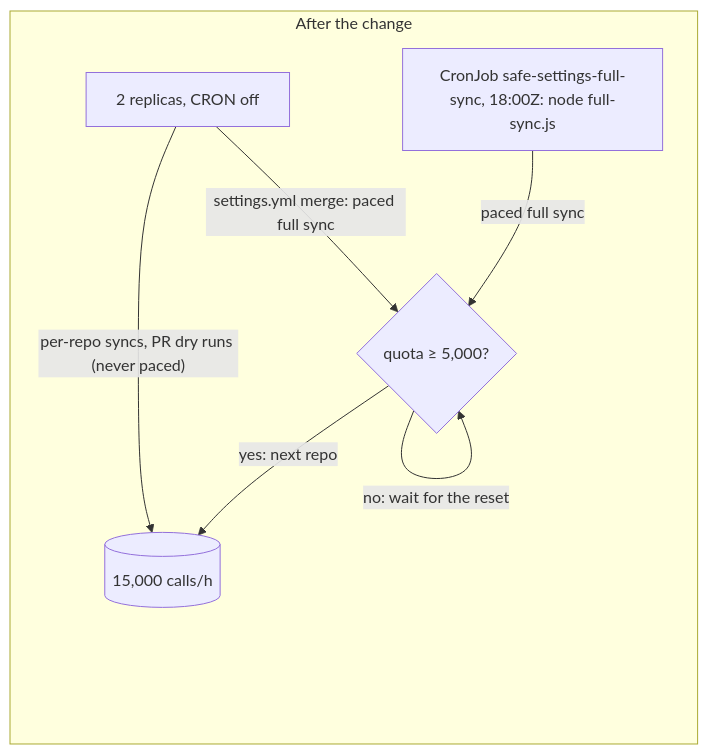
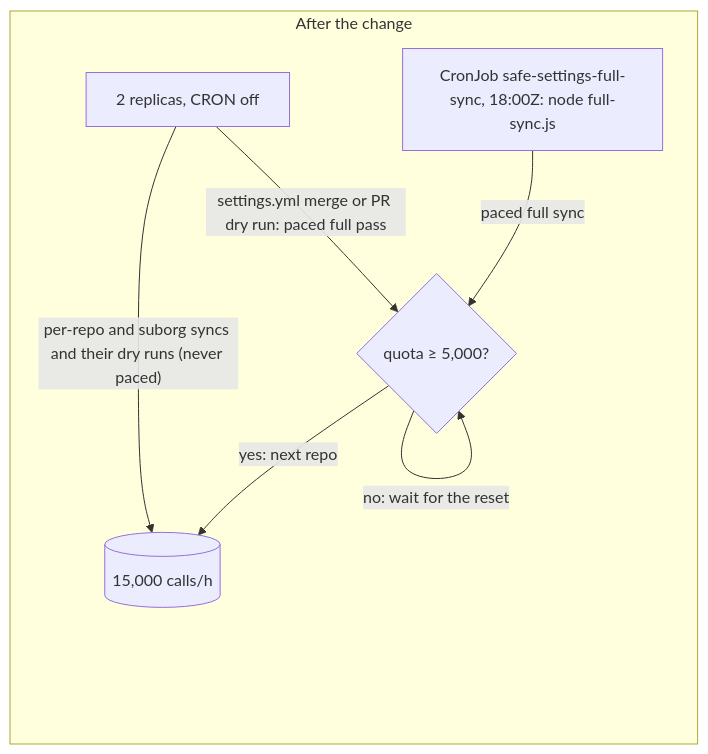
Before and after one commit to tomtom-forks/safe-settings: the second of 4 diagrams in docs/sdlc/changes/2026-11-23-cron-sync-quota/change-design.md, drawn with Mermaid. The commit also changed other lines of this file, not shown here.

First line of the commit message:
docs(cron-quota): pace settings.yml PR dry runs and stop superseded ones

````diff
--- a/docs/sdlc/changes/2026-11-23-cron-sync-quota/change-design.md
+++ b/docs/sdlc/changes/2026-11-23-cron-sync-quota/change-design.md
@@ -156,10 +157,10 @@
 ```mermaid
 flowchart LR
   subgraph after["After the change"]
     cj["CronJob safe-settings-full-sync, 18:00Z: node full-sync.js"] -->|"paced full sync"| guard{"quota ≥ 5,000?"}
-    pods2["2 replicas, CRON off"] -->|"settings.yml merge: paced full sync"| guard
+    pods2["2 replicas, CRON off"] -->|"settings.yml merge or PR dry run: paced full pass"| guard
     guard -->|"yes: next repo"| q2[("15,000 calls/h")]
     guard -->|"no: wait for the reset"| guard
-    pods2 -->|"per-repo syncs, PR dry runs (never paced)"| q2
+    pods2 -->|"per-repo and suborg syncs and their dry runs (never paced)"| q2
   end
 ```
````
